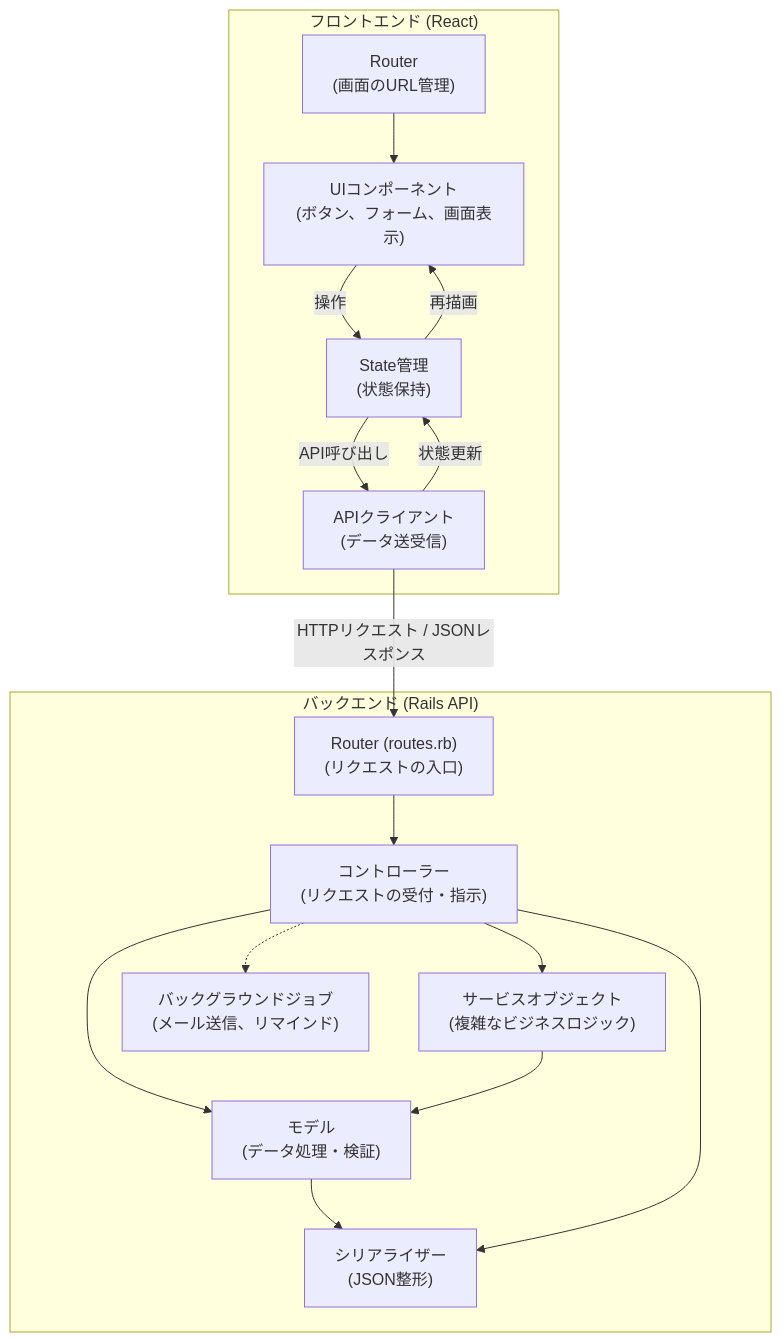
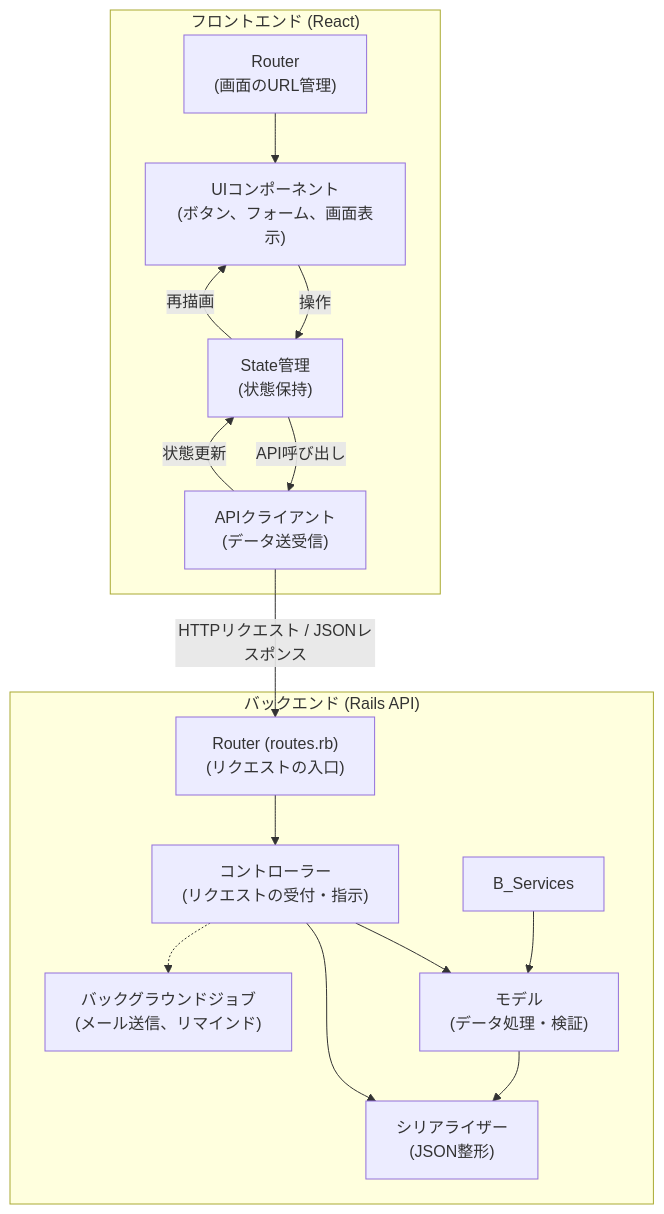
The ninth of 9 diagrams in documents/design.md (compile425/yubikirigennmann), drawn with Mermaid before and after one commit.

````diff
--- a/documents/design.md
+++ b/documents/design.md
@@ -265,23 +265,22 @@
 ```mermaid
 graph TD
     subgraph "フロントエンド (React)"
         F_Router["Router<br>(画面のURL管理)"] --> F_Components["UIコンポーネント<br>(ボタン、フォーム、画面表示)"]
         F_Components -- "操作" --> F_State["State管理<br>(状態保持)"]
         F_State -- "API呼び出し" --> F_API["APIクライアント<br>(データ送受信)"]
         F_API -- "状態更新" --> F_State
         F_State -- "再描画" --> F_Components
     end
 
     subgraph "バックエンド (Rails API)"
         B_Router["Router (routes.rb)<br>(リクエストの入口)"] --> B_Controllers["コントローラー<br>(リクエストの受付・指示)"]
-        B_Controllers --> B_Services["サービスオブジェクト<br>(複雑なビジネスロジック)"]
         B_Controllers --> B_Models["モデル<br>(データ処理・検証)"]
         B_Services --> B_Models
         B_Models --> B_Serializers["シリアライザー<br>(JSON整形)"]
         B_Controllers --> B_Serializers
         B_Controllers -.-> B_Jobs["バックグラウンドジョブ<br>(メール送信、リマインド)"]
     end
 
     %% フロントエンドとバックエンドの連携
     F_API -- "HTTPリクエスト / JSONレスポンス" --> B_Router
 ```
````
